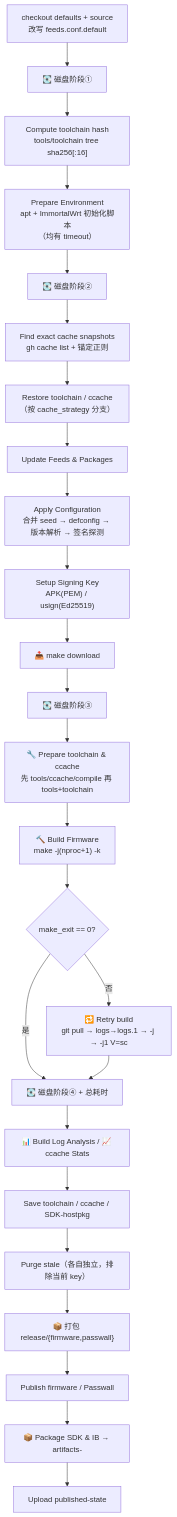
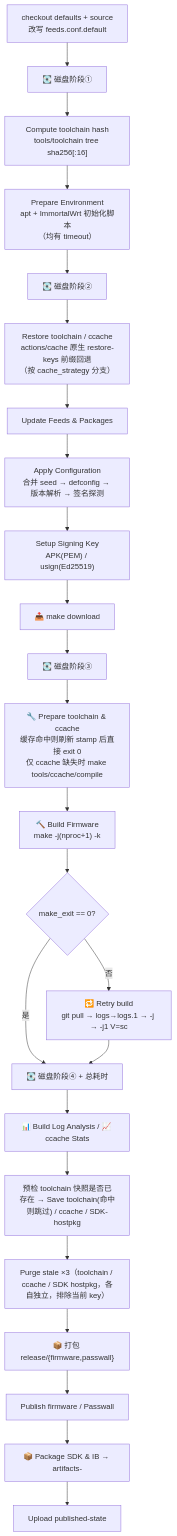
Before and after one commit to solarflows/AutoWorkFlows: the fourth of 9 diagrams in docs/ci-flow.md, drawn with Mermaid. The commit also changed other lines of this file and 7 other files, not shown here.

````diff
--- a/docs/ci-flow.md
+++ b/docs/ci-flow.md
@@ -157,27 +157,26 @@
 ```mermaid
 flowchart TD
     A["checkout defaults + source<br/>改写 feeds.conf.default"] --> B["💽 磁盘阶段①"]
     B --> C["Compute toolchain hash<br/>tools/toolchain tree sha256[:16]"]
     C --> D["Prepare Environment<br/>apt + ImmortalWrt 初始化脚本<br/>（均有 timeout）"]
     D --> E["💽 磁盘阶段②"]
-    E --> F["Find exact cache snapshots<br/>gh cache list + 锚定正则"]
-    F --> G["Restore toolchain / ccache<br/>（按 cache_strategy 分支）"]
+    E --> G["Restore toolchain / ccache<br/>actions/cache 原生 restore-keys 前缀回退<br/>（按 cache_strategy 分支）"]
     G --> H["Update Feeds & Packages"]
     H --> I["Apply Configuration<br/>合并 seed → defconfig → 版本解析 → 签名探测"]
     I --> J["Setup Signing Key<br/>APK(PEM) / usign(Ed25519)"]
     J --> K["📥 make download"]
     K --> L["💽 磁盘阶段③"]
-    L --> M["🔧 Prepare toolchain & ccache<br/>先 tools/ccache/compile 再 tools+toolchain"]
+    L --> M["🔧 Prepare toolchain & ccache<br/>缓存命中则刷新 stamp 后直接 exit 0<br/>仅 ccache 缺失时 make tools/ccache/compile"]
     M --> N["🔨 Build Firmware<br/>make -j(nproc+1) -k"]
     N --> O{"make_exit == 0?"}
     O -->|"否"| P["🔁 Retry build<br/>git pull → logs→logs.1 → -j → -j1 V=sc"]
     O -->|"是"| Q
     P --> Q["💽 磁盘阶段④ + 总耗时"]
     Q --> R["📊 Build Log Analysis / 📈 ccache Stats"]
-    R --> S["Save toolchain / ccache / SDK-hostpkg"]
-    S --> T["Purge stale（各自独立，排除当前 key）"]
+    R --> S["预检 toolchain 快照是否已存在 → Save toolchain(命中则跳过) / ccache / SDK-hostpkg"]
+    S --> T["Purge stale ×3（toolchain / ccache / SDK hostpkg，各自独立，排除当前 key）"]
     T --> U["📦 打包 release/{firmware,passwall}"]
     U --> V["Publish firmware / Passwall"]
     V --> W["📦 Package SDK & IB → artifacts-<target>"]
     W --> X["Upload published-state"]
 ```
````
